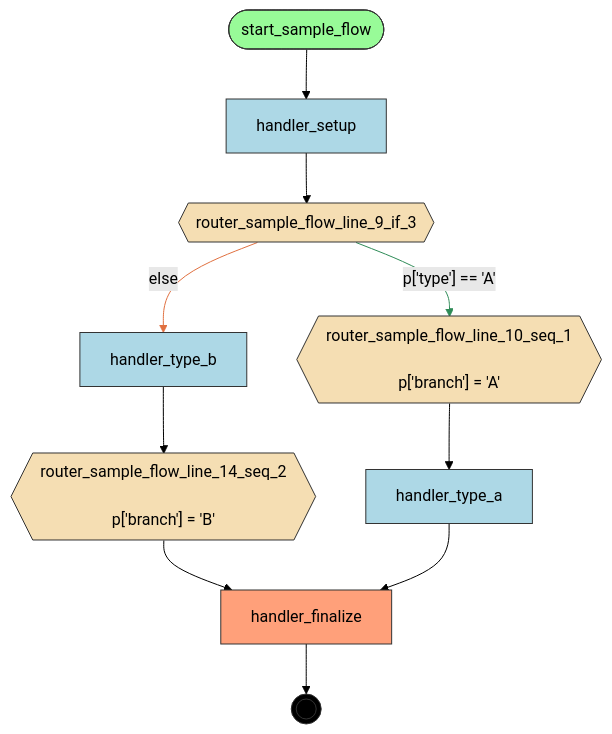
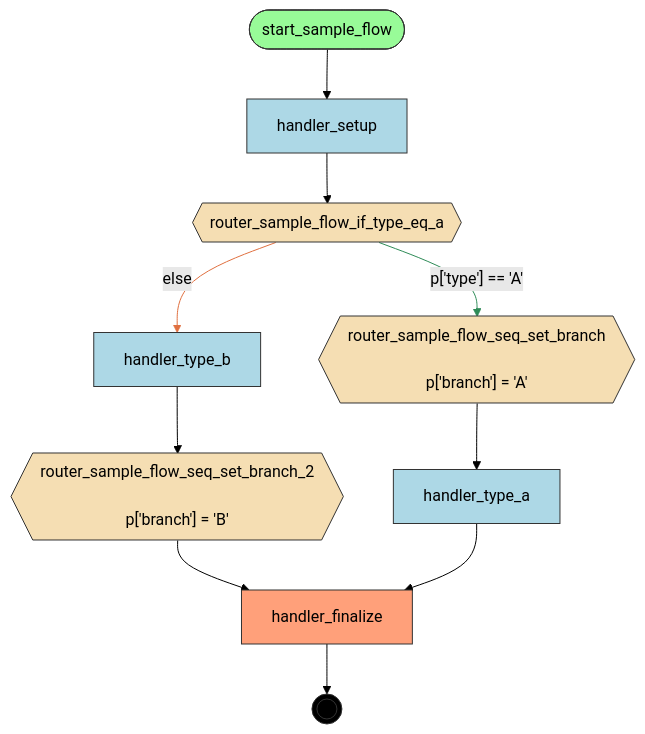
The diagram in examples/flows/compiled/sample_flow/flow.mmd (deliveryhero/asya), drawn with Mermaid (forest theme) before and after one commit. The commit also changed 1078 other files, not shown here.

First line of the commit message:
feat(compiler): semantic router naming — AST-based instead of line-number-based [tos9]

```diff
--- a/examples/flows/compiled/sample_flow/flow.mmd
+++ b/examples/flows/compiled/sample_flow/flow.mmd
@@ -1,35 +1,35 @@
 flowchart TD
     %% Flow: sample_flow
 
     handler_finalize[handler_finalize]
     handler_setup[handler_setup]
     handler_type_a[handler_type_a]
     handler_type_b[handler_type_b]
-    router_sample_flow_line_10_seq_1{{"router_sample_flow_line_10_seq_1<br/><br/>p['branch'] = 'A'"}}
-    router_sample_flow_line_14_seq_2{{"router_sample_flow_line_14_seq_2<br/><br/>p['branch'] = 'B'"}}
-    router_sample_flow_line_9_if_3{{router_sample_flow_line_9_if_3}}
+    router_sample_flow_if_type_eq_a{{router_sample_flow_if_type_eq_a}}
+    router_sample_flow_seq_set_branch{{"router_sample_flow_seq_set_branch<br/><br/>p['branch'] = 'A'"}}
+    router_sample_flow_seq_set_branch_2{{"router_sample_flow_seq_set_branch_2<br/><br/>p['branch'] = 'B'"}}
     start_sample_flow([start_sample_flow])
     __end__((( )))
 
     start_sample_flow --> handler_setup
-    handler_setup --> router_sample_flow_line_9_if_3
-    router_sample_flow_line_10_seq_1 --> handler_type_a
-    router_sample_flow_line_9_if_3 -->|"p['type'] == 'A'"| router_sample_flow_line_10_seq_1
-    router_sample_flow_line_9_if_3 -->|"else"| handler_type_b
-    handler_type_b --> router_sample_flow_line_14_seq_2
-    router_sample_flow_line_14_seq_2 --> handler_finalize
+    handler_setup --> router_sample_flow_if_type_eq_a
+    router_sample_flow_seq_set_branch --> handler_type_a
+    router_sample_flow_if_type_eq_a -->|"p['type'] == 'A'"| router_sample_flow_seq_set_branch
+    router_sample_flow_if_type_eq_a -->|"else"| handler_type_b
+    handler_type_b --> router_sample_flow_seq_set_branch_2
+    router_sample_flow_seq_set_branch_2 --> handler_finalize
     handler_type_a --> handler_finalize
     handler_finalize --> __end__
 
     classDef start fill:#98FB98,stroke:#333
     classDef endnode fill:#FFA07A,stroke:#333
     classDef router fill:#F5DEB3,stroke:#333
     classDef handler fill:#ADD8E6,stroke:#333
     classDef endpoint fill:#000,stroke:#333,color:#fff
     class start_sample_flow start
     class handler_finalize endnode
-    class router_sample_flow_line_10_seq_1,router_sample_flow_line_14_seq_2,router_sample_flow_line_9_if_3 router
+    class router_sample_flow_if_type_eq_a,router_sample_flow_seq_set_branch,router_sample_flow_seq_set_branch_2 router
     class handler_setup,handler_type_a,handler_type_b handler
     class __end__ endpoint
     linkStyle 3 stroke:#2E8B57
     linkStyle 4 stroke:#E07040
```
